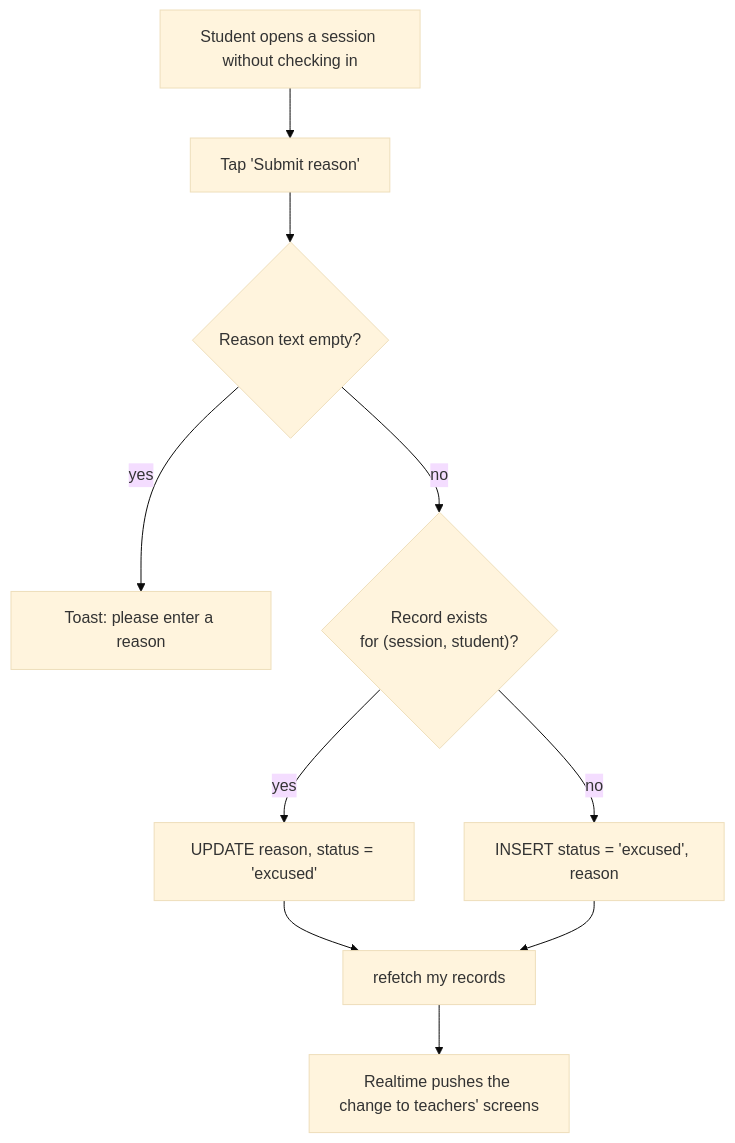
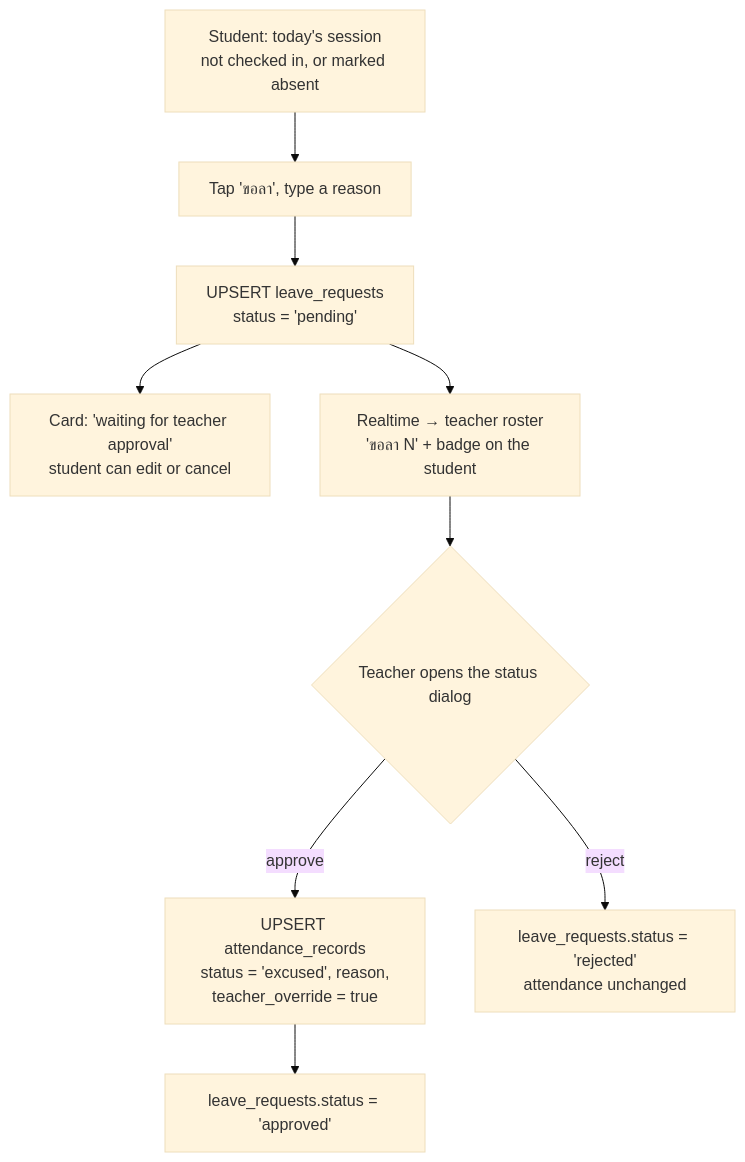
The seventh of 15 diagrams in README.md (wachirawitraksa/marching-band-attendance), drawn with Mermaid (base theme) before and after one commit. The commit also changed other lines of this file and 1 other file, not shown here.

````diff
--- a/README.md
+++ b/README.md
@@ -341,12 +364,11 @@
 ```mermaid
 flowchart TD
-    S["Student opens a session without checking in"] --> Btn["Tap 'Submit reason'"]
-    Btn --> V{"Reason text empty?"}
-    V -- yes --> Err["Toast: please enter a reason"]
-    V -- no --> Ex{"Record exists<br/>for (session, student)?"}
-    Ex -- yes --> U["UPDATE reason, status = 'excused'"]
-    Ex -- no --> I["INSERT status = 'excused', reason"]
-    U --> Re["refetch my records"]
-    I --> Re
-    Re --> Rt["Realtime pushes the change to teachers' screens"]
+    S["Student: today's session<br/>not checked in, or marked absent"] --> Btn["Tap 'ขอลา', type a reason"]
+    Btn --> Up["UPSERT leave_requests<br/>status = 'pending'"]
+    Up --> P["Card: 'waiting for teacher approval'<br/>student can edit or cancel"]
+    Up --> RT["Realtime → teacher roster<br/>'ขอลา N' + badge on the student"]
+    RT --> T{"Teacher opens the status dialog"}
+    T -- approve --> A["UPSERT attendance_records<br/>status = 'excused', reason,<br/>teacher_override = true"]
+    A --> D1["leave_requests.status = 'approved'"]
+    T -- reject --> D2["leave_requests.status = 'rejected'<br/>attendance unchanged"]
 ```
````
